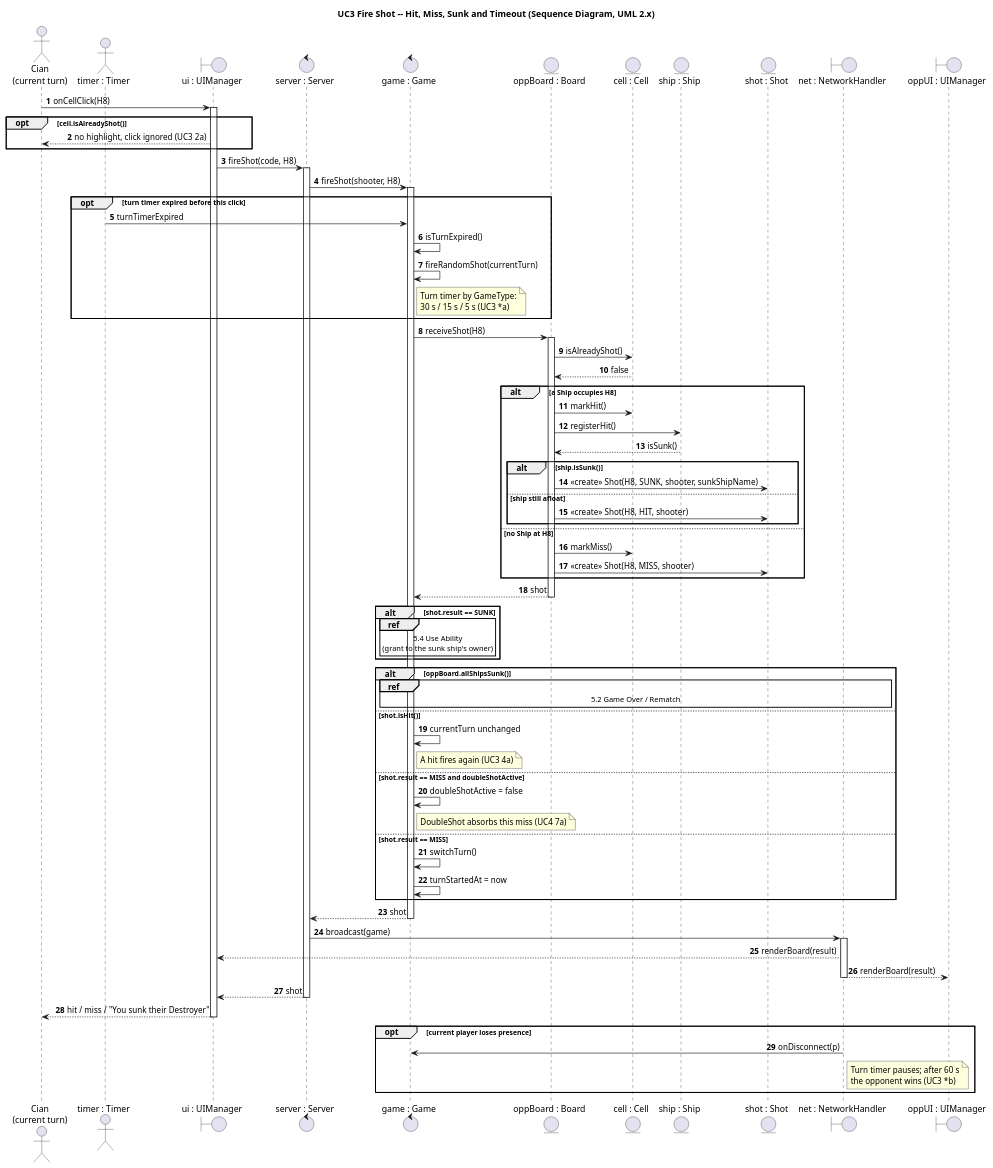
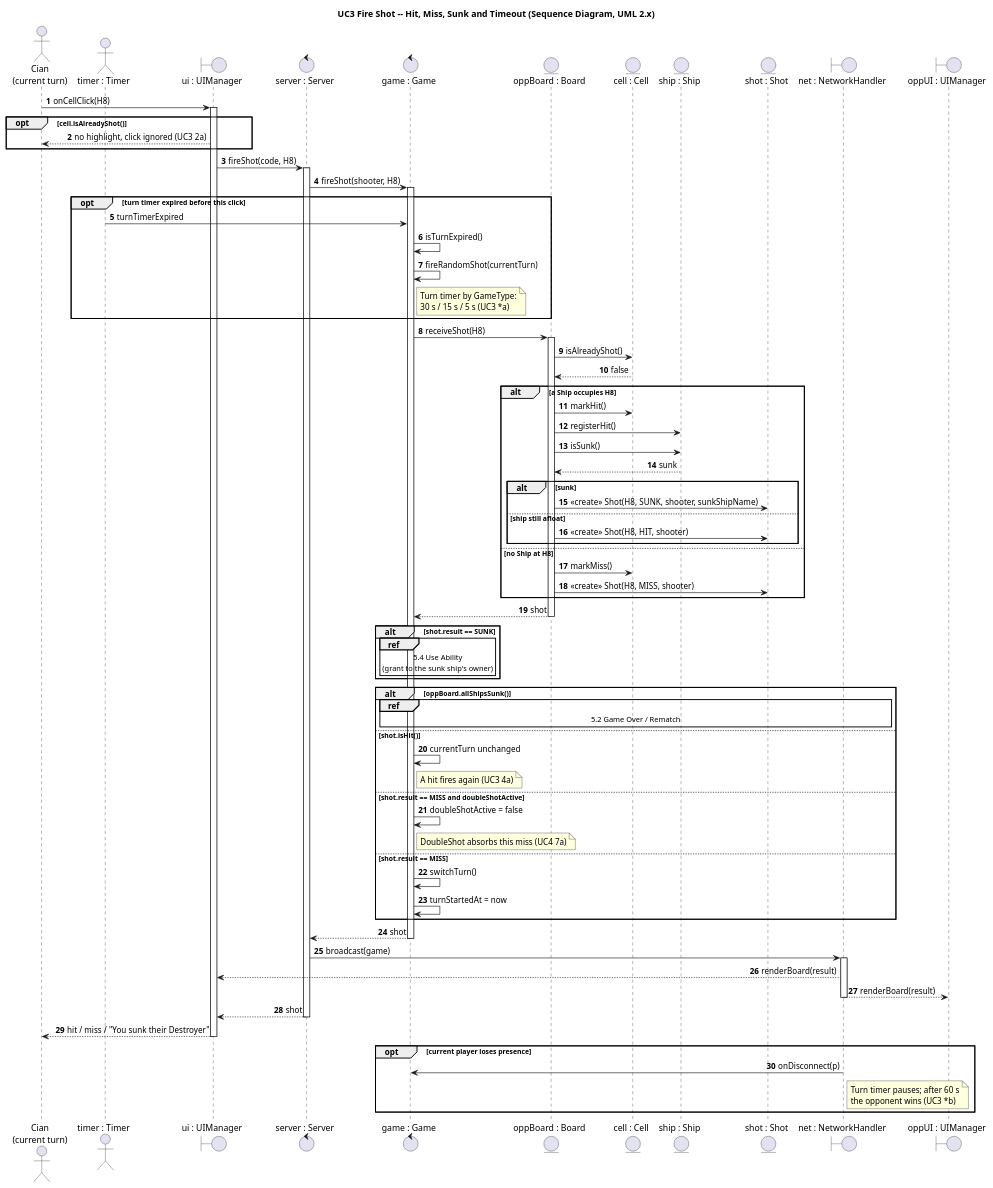
One commit to queeeety/battleship-online changed the diagram in docs/uml/phase2/5_3_FireShot_SequenceDiagram.puml. Above: the diagram before and after it, drawn with PlantUML. The commit also changed 1 other file, not shown here.

Commit message:
docs: fix message flow in Fire Shot and Use Ability sequence diagrams
- 5.3 Fire Shot: isSunk() is now a proper call from Board to Ship with a
  "sunk" return, and the alt guard checks that return value
- 5.4 Use Ability: the keep/replace prompt is generic instead of naming
  specific abilities, and the invalid-target return is labelled
  "invalid target" instead of the misleading "PlacementError"

```diff
--- a/docs/uml/phase2/5_3_FireShot_SequenceDiagram.puml
+++ b/docs/uml/phase2/5_3_FireShot_SequenceDiagram.puml
@@ -1,94 +1,95 @@
 @startuml 5_3_FireShot_SequenceDiagram
 ' MyBattleship -- GroupXXAssign2.pdf, section 5.3: Fire Shot
 ' Scenario: UC3 Fire Shot, scenarios 2.5, 2.6, 2.9 and 2.10.
 title UC3 Fire Shot -- Hit, Miss, Sunk and Timeout (Sequence Diagram, UML 2.x)
 
 skinparam sequenceMessageAlign first
 autonumber
 
 actor "Cian\n(current turn)" as Player
 actor "timer : Timer" as Timer
 boundary "ui : UIManager" as UI
 control "server : Server" as Server
 control "game : Game" as Game
 entity "oppBoard : Board" as Board
 entity "cell : Cell" as Cell
 entity "ship : Ship" as Ship
 entity "shot : Shot" as Shot
 boundary "net : NetworkHandler" as Net
 boundary "oppUI : UIManager" as OppUI
 
 Player -> UI : onCellClick(H8)
 activate UI
 
 opt cell.isAlreadyShot()
   UI --> Player : no highlight, click ignored (UC3 2a)
 end
 
 UI -> Server : fireShot(code, H8)
 activate Server
 Server -> Game : fireShot(shooter, H8)
 activate Game
 
 opt turn timer expired before this click
   Timer -> Game : turnTimerExpired
   Game -> Game : isTurnExpired()
   Game -> Game : fireRandomShot(currentTurn)
   note right of Game : Turn timer by GameType:\n30 s / 15 s / 5 s (UC3 *a)
 end
 
 Game -> Board : receiveShot(H8)
 activate Board
 Board -> Cell : isAlreadyShot()
 Cell --> Board : false
 
 alt a Ship occupies H8
   Board -> Cell : markHit()
   Board -> Ship : registerHit()
-  Ship --> Board : isSunk()
-  alt ship.isSunk()
+  Board -> Ship : isSunk()
+  Ship --> Board : sunk
+  alt sunk
     Board -> Shot : <<create>> Shot(H8, SUNK, shooter, sunkShipName)
   else ship still afloat
     Board -> Shot : <<create>> Shot(H8, HIT, shooter)
   end
 else no Ship at H8
   Board -> Cell : markMiss()
   Board -> Shot : <<create>> Shot(H8, MISS, shooter)
 end
 Board --> Game : shot
 deactivate Board
 
 alt shot.result == SUNK
   ref over Game : 5.4 Use Ability\n(grant to the sunk ship's owner)
 end
 
 alt oppBoard.allShipsSunk()
   ref over Game, Net : 5.2 Game Over / Rematch
 else shot.isHit()
   Game -> Game : currentTurn unchanged
   note right of Game : A hit fires again (UC3 4a)
 else shot.result == MISS and doubleShotActive
   Game -> Game : doubleShotActive = false
   note right of Game : DoubleShot absorbs this miss (UC4 7a)
 else shot.result == MISS
   Game -> Game : switchTurn()
   Game -> Game : turnStartedAt = now
 end
 
 Game --> Server : shot
 deactivate Game
 Server -> Net : broadcast(game)
 activate Net
 Net --> UI : renderBoard(result)
 Net --> OppUI : renderBoard(result)
 deactivate Net
 Server --> UI : shot
 deactivate Server
 UI --> Player : hit / miss / "You sunk their Destroyer"
 deactivate UI
 
 opt current player loses presence
   Net -> Game : onDisconnect(p)
   note right of Net : Turn timer pauses; after 60 s\nthe opponent wins (UC3 *b)
 end
 @enduml
```
